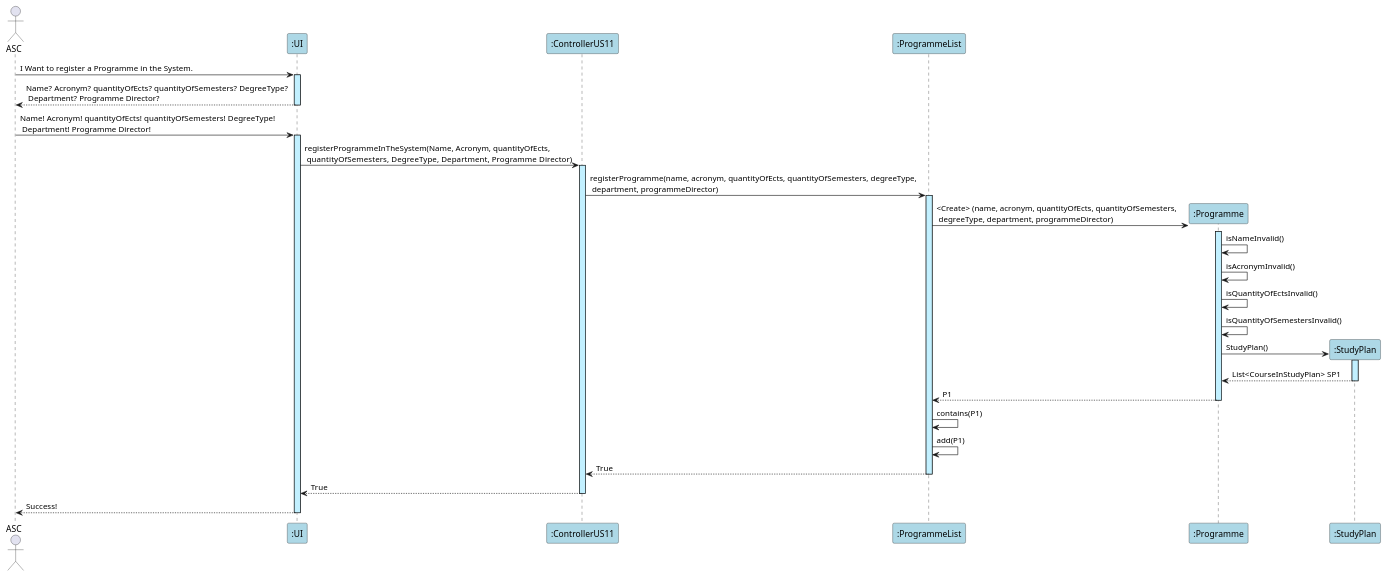
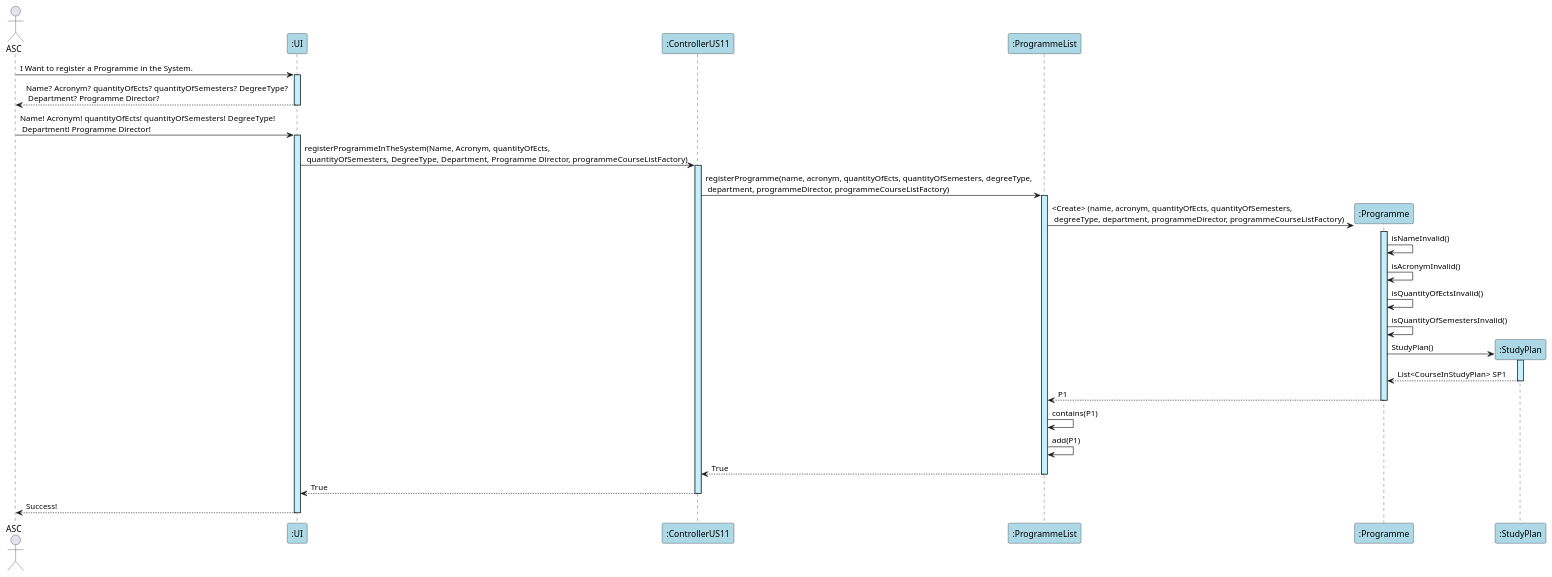
One commit to GasparISEP/DevOps-PAI changed the diagram in docs/US11/US11_RegisterProgrammeInSystem.puml. Above: the diagram before and after it, drawn with PlantUML. The commit also changed 14 other files, not shown here.

Commit message:
test: Create ProgrammeCourseListFactoryTest ci: Create ProgrammeCourseListFactory refactor: Update all tests that need to receive an injection of ProgrammeCourseListFactory refactor: Update US11 SD.

```diff
--- a/docs/US11/US11_RegisterProgrammeInSystem.puml
+++ b/docs/US11/US11_RegisterProgrammeInSystem.puml
@@ -1,36 +1,36 @@
 @startuml
 actor ASC as Admin
 
 participant ":UI" as UI #lightblue
 participant ":ControllerUS11" as C #lightblue
 participant ":ProgrammeList" as PL #lightblue
 
 
 Admin -> UI ++ #application : I Want to register a Programme in the System.
 UI --> Admin -- : Name? Acronym? quantityOfEcts? quantityOfSemesters?  DegreeType? \n Department? Programme Director?
 Admin -> UI ++ #application : Name! Acronym! quantityOfEcts! quantityOfSemesters!  DegreeType! \n Department! Programme Director!
-UI -> C ++ #application : registerProgrammeInTheSystem(Name, Acronym, quantityOfEcts, \n quantityOfSemesters,  DegreeType,  Department, Programme Director)
-C -> PL ++ #application : registerProgramme(name, acronym, quantityOfEcts, quantityOfSemesters, degreeType, \n department, programmeDirector)
+UI -> C ++ #application : registerProgrammeInTheSystem(Name, Acronym, quantityOfEcts, \n quantityOfSemesters,  DegreeType,  Department, Programme Director, programmeCourseListFactory)
+C -> PL ++ #application : registerProgramme(name, acronym, quantityOfEcts, quantityOfSemesters, degreeType, \n department, programmeDirector, programmeCourseListFactory)
 
 create ":Programme" as P #lightblue
-PL -> P ++ #application : <Create> (name, acronym, quantityOfEcts, quantityOfSemesters, \n degreeType, department, programmeDirector)
+PL -> P ++ #application : <Create> (name, acronym, quantityOfEcts, quantityOfSemesters, \n degreeType, department, programmeDirector, programmeCourseListFactory)
 P -> P : isNameInvalid()
 P -> P : isAcronymInvalid()
 P -> P : isQuantityOfEctsInvalid()
 P -> P : isQuantityOfSemestersInvalid()
 
 create ":StudyPlan" as SP #lightblue
 P -> SP ++ #application : StudyPlan()
 SP --> P -- : List<CourseInStudyPlan> SP1
 
 P --> PL -- : P1
 
 PL -> PL : contains(P1)
 PL -> PL : add(P1)
 
 PL --> C -- : True
 C --> UI -- : True
 UI --> Admin -- : Success!
 
 
 @enduml
```
